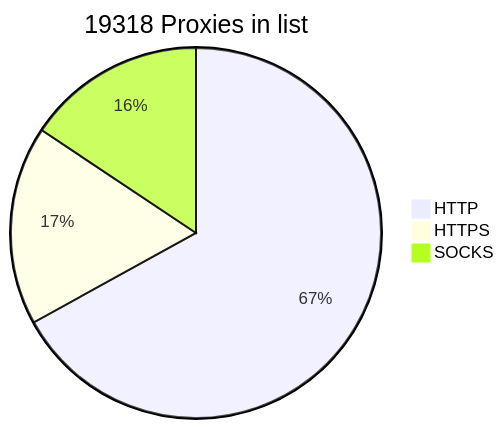
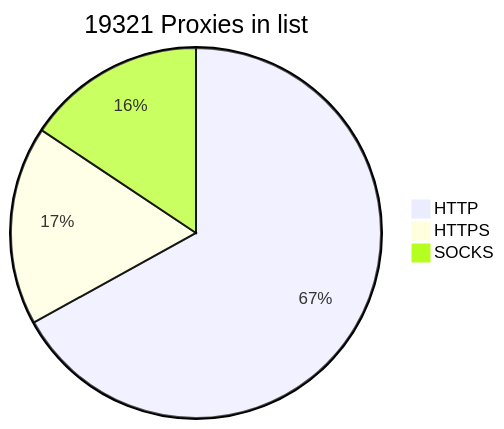
One commit to BlackSnowDot/proxylist-update-every-minute changed the diagram in README.md. Above: the diagram before and after it, drawn with Mermaid.

````diff
--- a/README.md
+++ b/README.md
@@ -2,6 +2,6 @@
 ```mermaid
-pie title 19318 Proxies in list
+pie title 19321 Proxies in list
     "HTTP" : 14293
     "HTTPS": 3708
-    "SOCKS" : 3336
+    "SOCKS" : 3339
 ```
````
